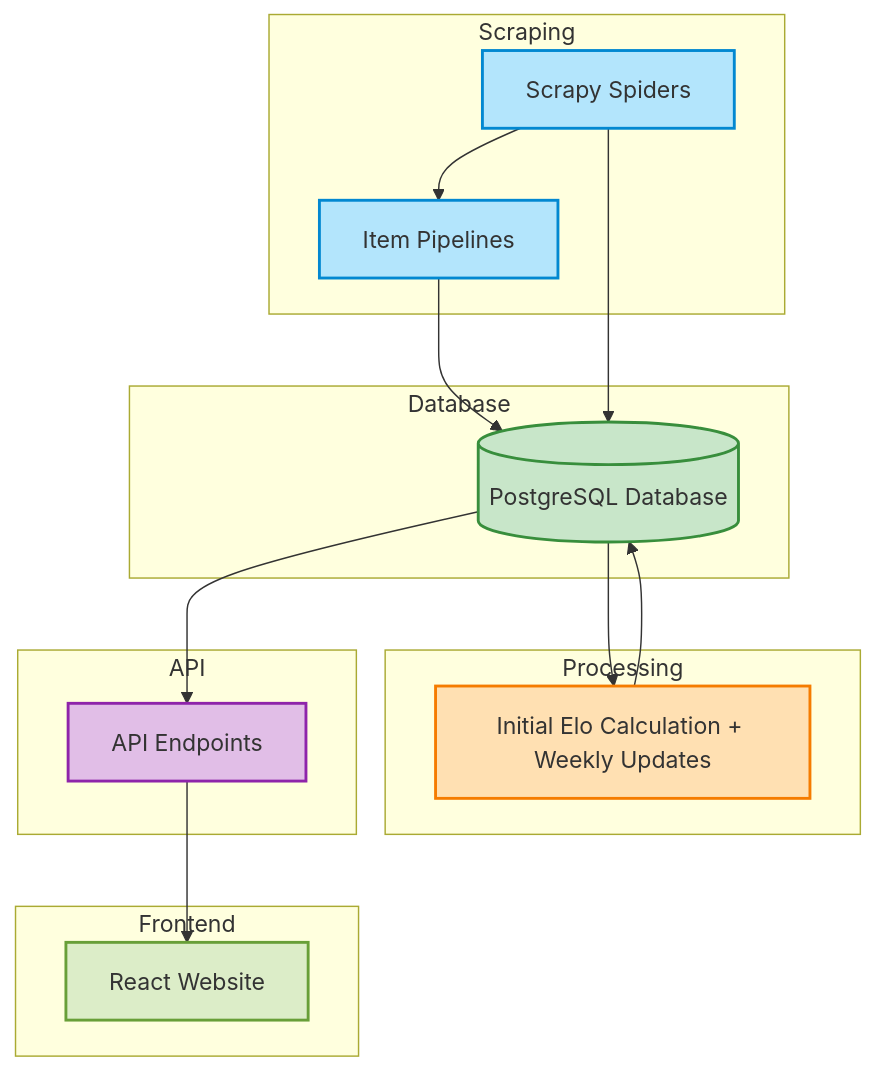
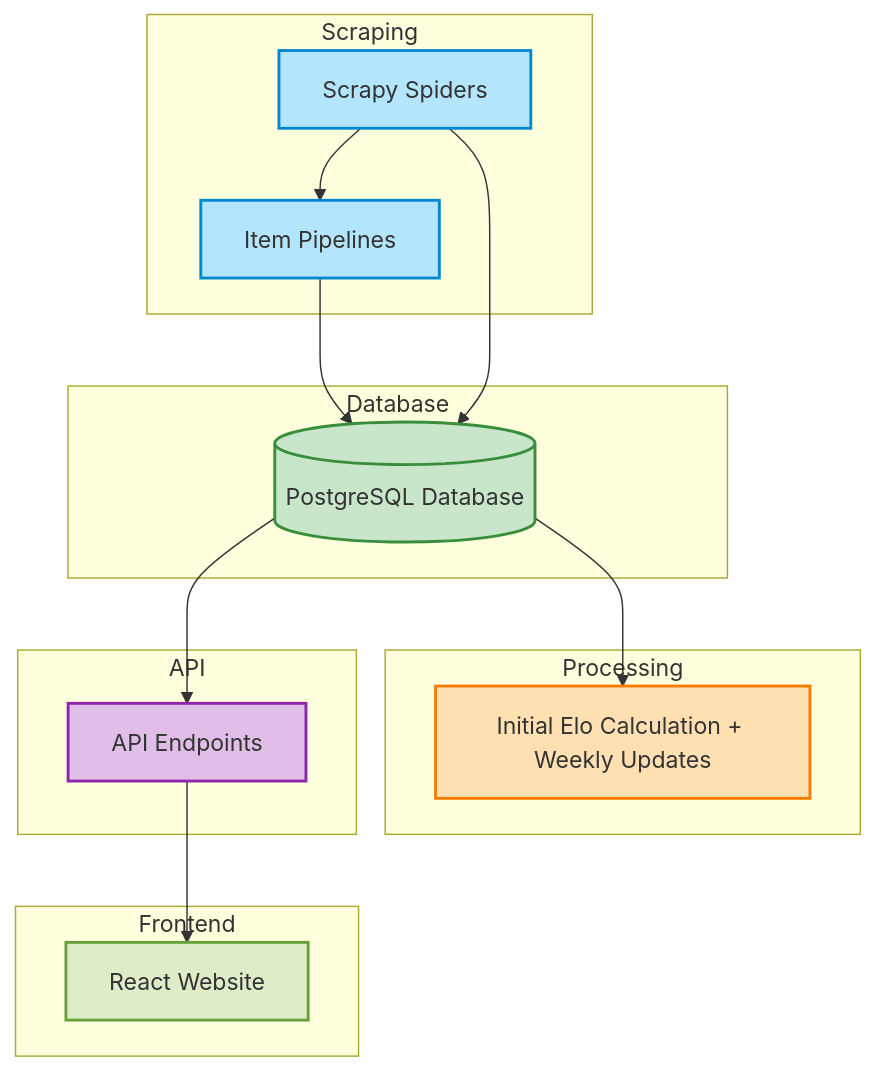
The diagram in README.md (alpinedev51/mma-elo-engine-py), drawn with Mermaid before and after one commit.

````diff
--- a/README.md
+++ b/README.md
@@ -52,44 +52,43 @@
 ```mermaid
 flowchart TD
 
     subgraph Scraping
         A1[Scrapy Spiders] --> A2[Item Pipelines]
     end
 
     subgraph Database
         A2 --> B1[(PostgreSQL Database)]
     end
 
     subgraph Processing
         B1 --> C1[Initial Elo Calculation + Weekly Updates]
-        C1 --> B1
         A1 --> B1
     end
 
     subgraph API
         B1 --> D1[API Endpoints]
     end
 
     subgraph Frontend
         D1 --> E1[React Website]
     end
 
     click A1 "Scrapy Spiders regularly crawl MMA websites for fighter data."
     click A2 "Pipelines process and store the fighter data into the database."
     click B1 "PostgreSQL database houses fighter data and Elo scores."
     click C1 "A weekly job calculates and updates Elo ratings."
     click D1 "APIs provide access to stored data."
     click E1 "Data is displayed on a React-based frontend."
 
     classDef blue fill:#B3E5FC,stroke:#0288D1,stroke-width:2px;
     classDef green fill:#C8E6C9,stroke:#388E3C,stroke-width:2px;
     classDef orange fill:#FFE0B2,stroke:#F57C00,stroke-width:2px;
     classDef purple fill:#E1BEE7,stroke:#8E24AA,stroke-width:2px;
     classDef lightgreen fill:#DCEDC8,stroke:#689F38,stroke-width:2px;
 
     class A1,A2 blue
     class B1 green
     class C1 orange
     class D1 purple
     class E1 lightgreen
 ```
````
